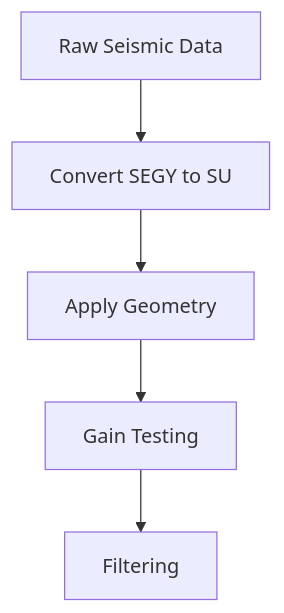
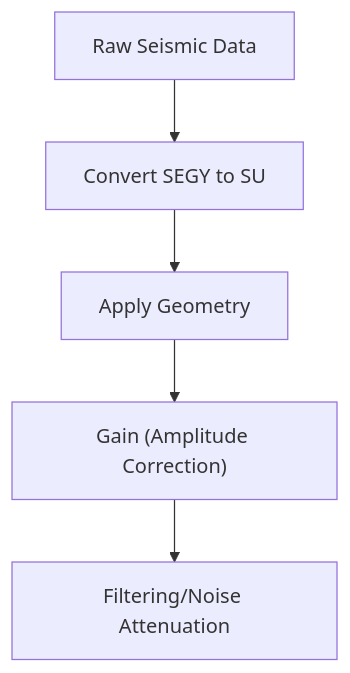
One commit to vandanue/ADG-1 changed the diagram in README.md. Above: the diagram before and after it, drawn with Mermaid. The commit also changed 10 other files, not shown here.

````diff
--- a/README.md
+++ b/README.md
@@ -6,7 +6,7 @@
 ```mermaid
 flowchart TD
     A[Raw Seismic Data] --> B[Convert SEGY to SU]
     B --> C[Apply Geometry]
-    C --> D[Gain Testing]
-    D --> E[Filtering]
+    C --> D["Gain (Amplitude Correction)"]
+    D --> E[Filtering/Noise Attenuation]
 ```
````
